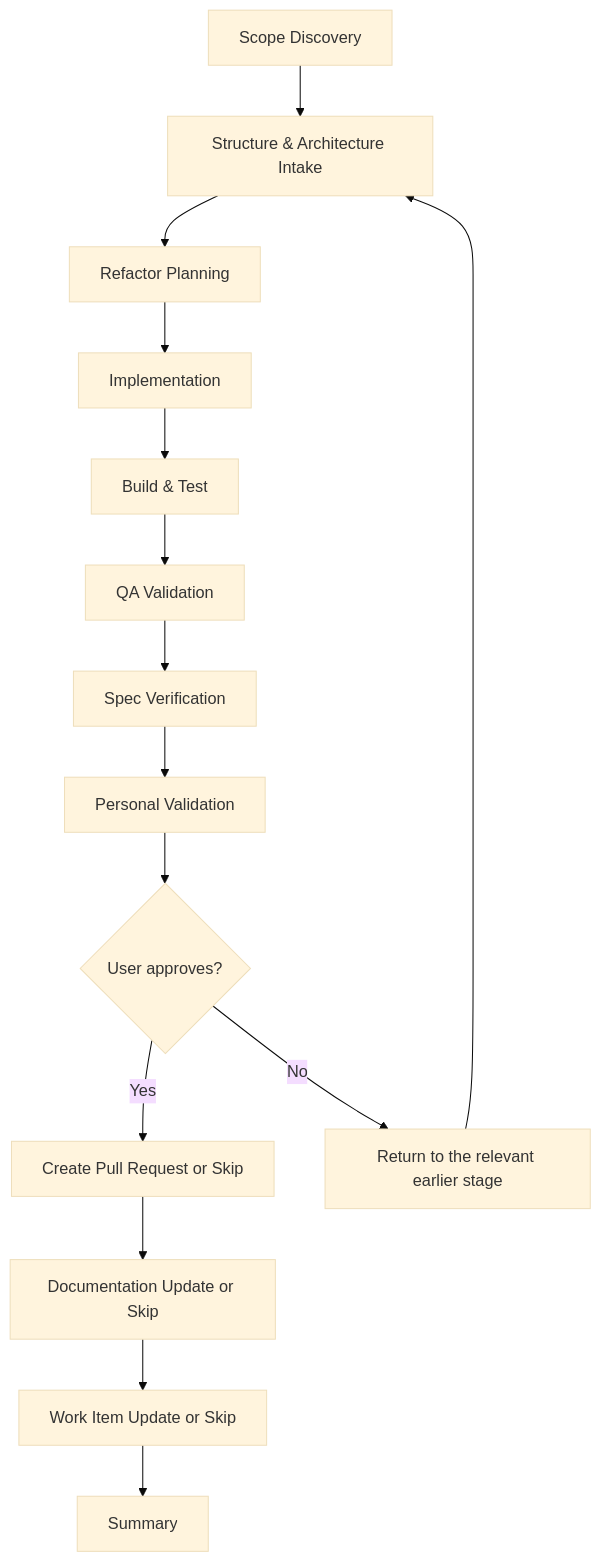
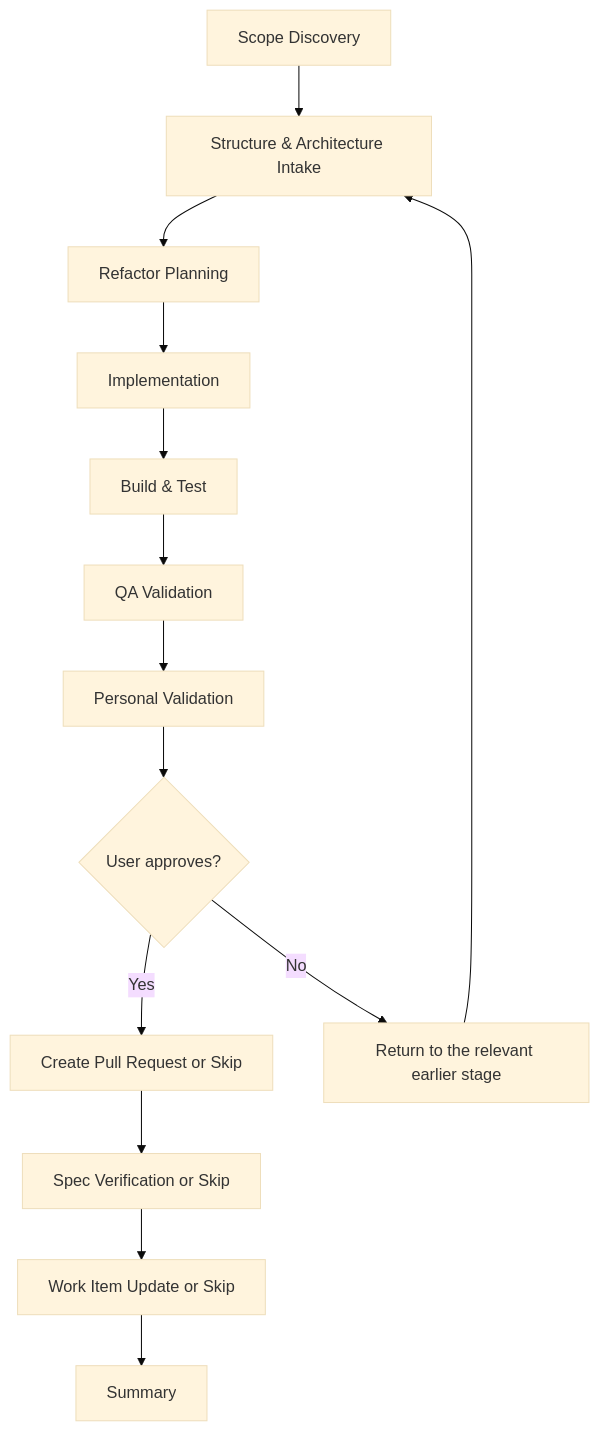
One commit to JSdotNet/devbook changed diagram 13 of 16 in plugins/delivery/FLOW-DIAGRAMS.md. Above: the diagram before and after it, drawn with Mermaid (base theme). The commit also changed other lines of this file and 42 other files, not shown here.

First line of the commit message:
Spec Verification replaces Documentation Update

````diff
--- a/plugins/delivery/FLOW-DIAGRAMS.md
+++ b/plugins/delivery/FLOW-DIAGRAMS.md
@@ -389,17 +377,16 @@
 ```mermaid
 flowchart TD
     S["Scope Discovery"] --> A["Structure & Architecture Intake"]
     A --> B["Refactor Planning"]
     B --> C["Implementation"]
     C --> D["Build & Test"]
     D --> E["QA Validation"]
-    E --> SV["Spec Verification"]
-    SV --> F["Personal Validation"]
+    E --> F["Personal Validation"]
     F --> G{User approves?}
     G -->|Yes| H["Create Pull Request or Skip"]
     G -->|No| I["Return to the relevant earlier stage"]
     I --> A
-    H --> V["Documentation Update or Skip"]
+    H --> V["Spec Verification or Skip"]
     V --> U["Work Item Update or Skip"]
     U --> J["Summary"]
 ```
````
